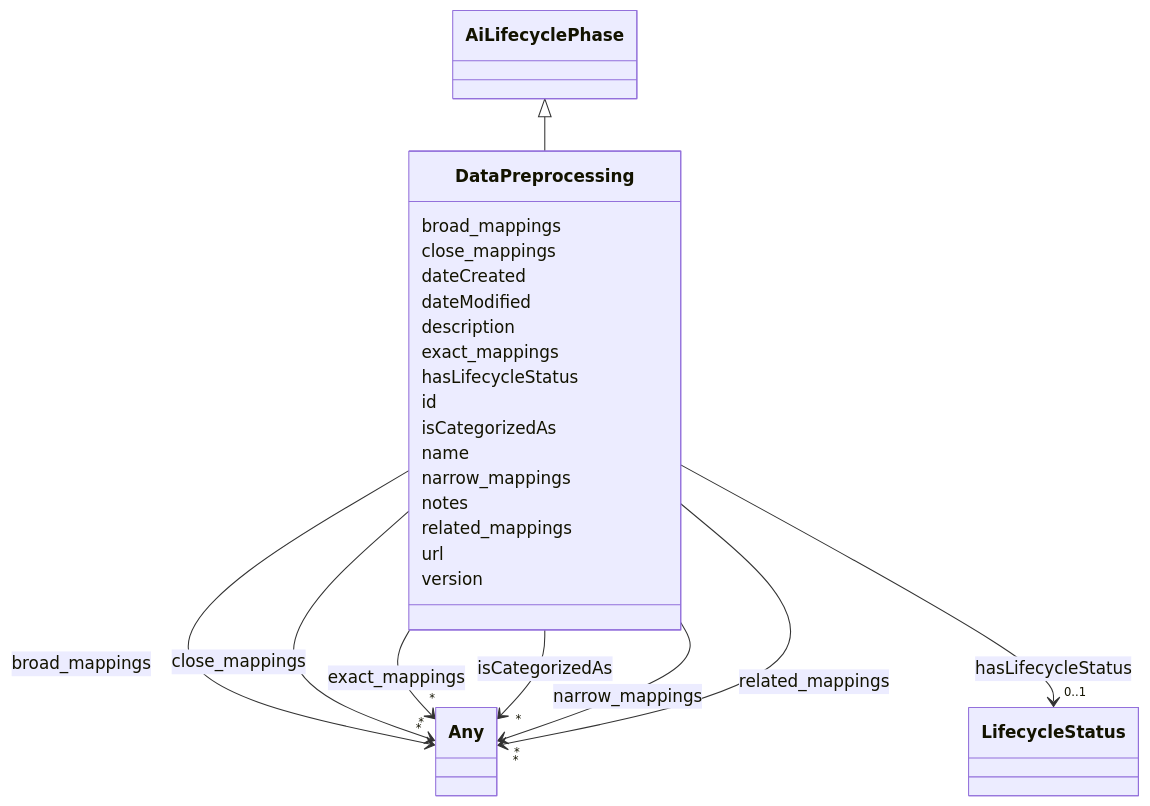
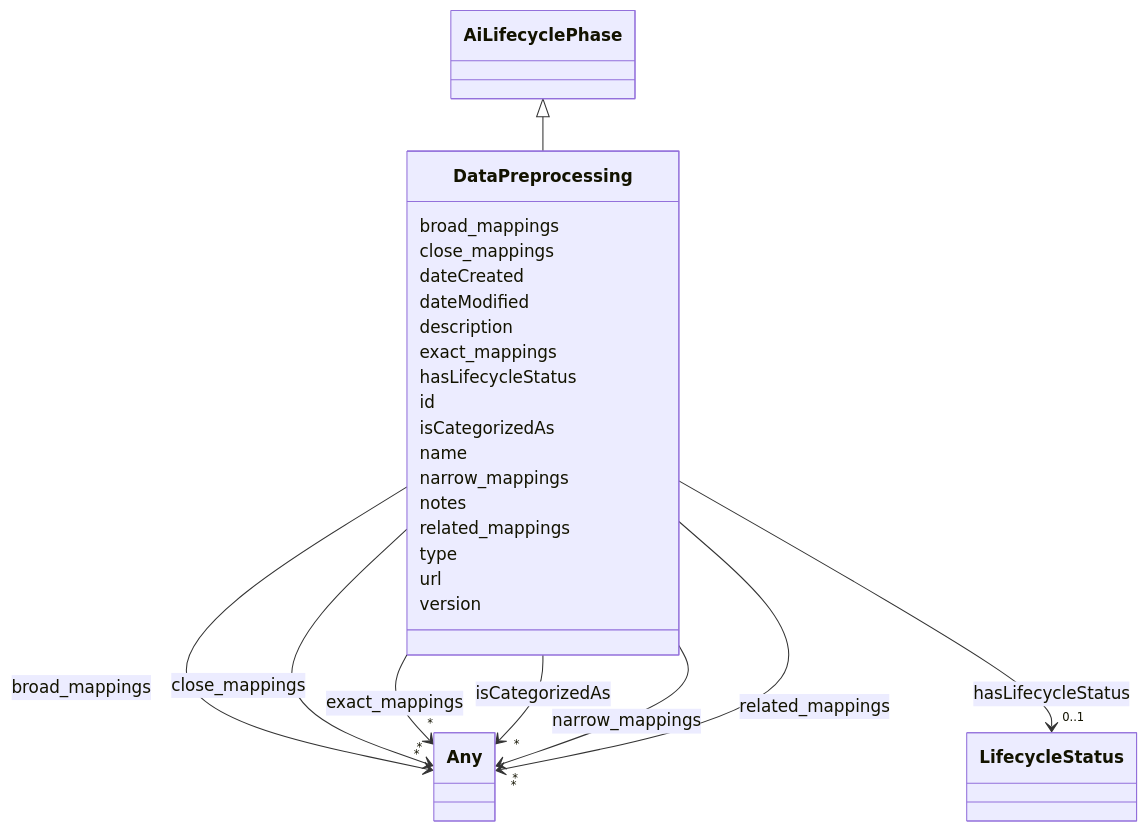
One commit to IBM/ai-atlas-nexus changed the diagram in docs/ontology/DataPreprocessing.md. Above: the diagram before and after it, drawn with Mermaid. The commit also changed other lines of this file and 151 other files, not shown here.

```diff
--- a/docs/ontology/DataPreprocessing.md
+++ b/docs/ontology/DataPreprocessing.md
@@ -107,6 +107,8 @@
 
 
 
+      DataPreprocessing : type
+
       DataPreprocessing : url
 
       DataPreprocessing : version
```
